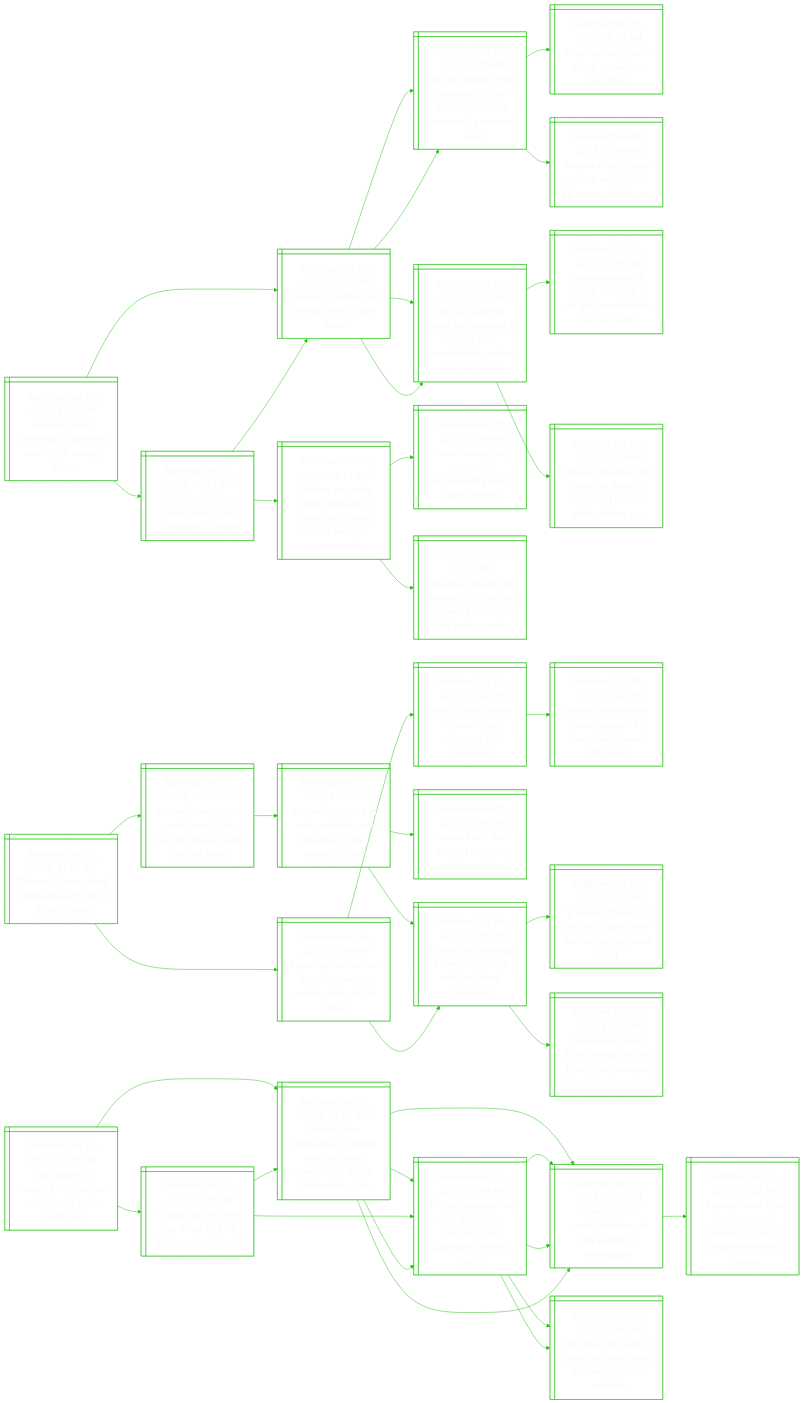
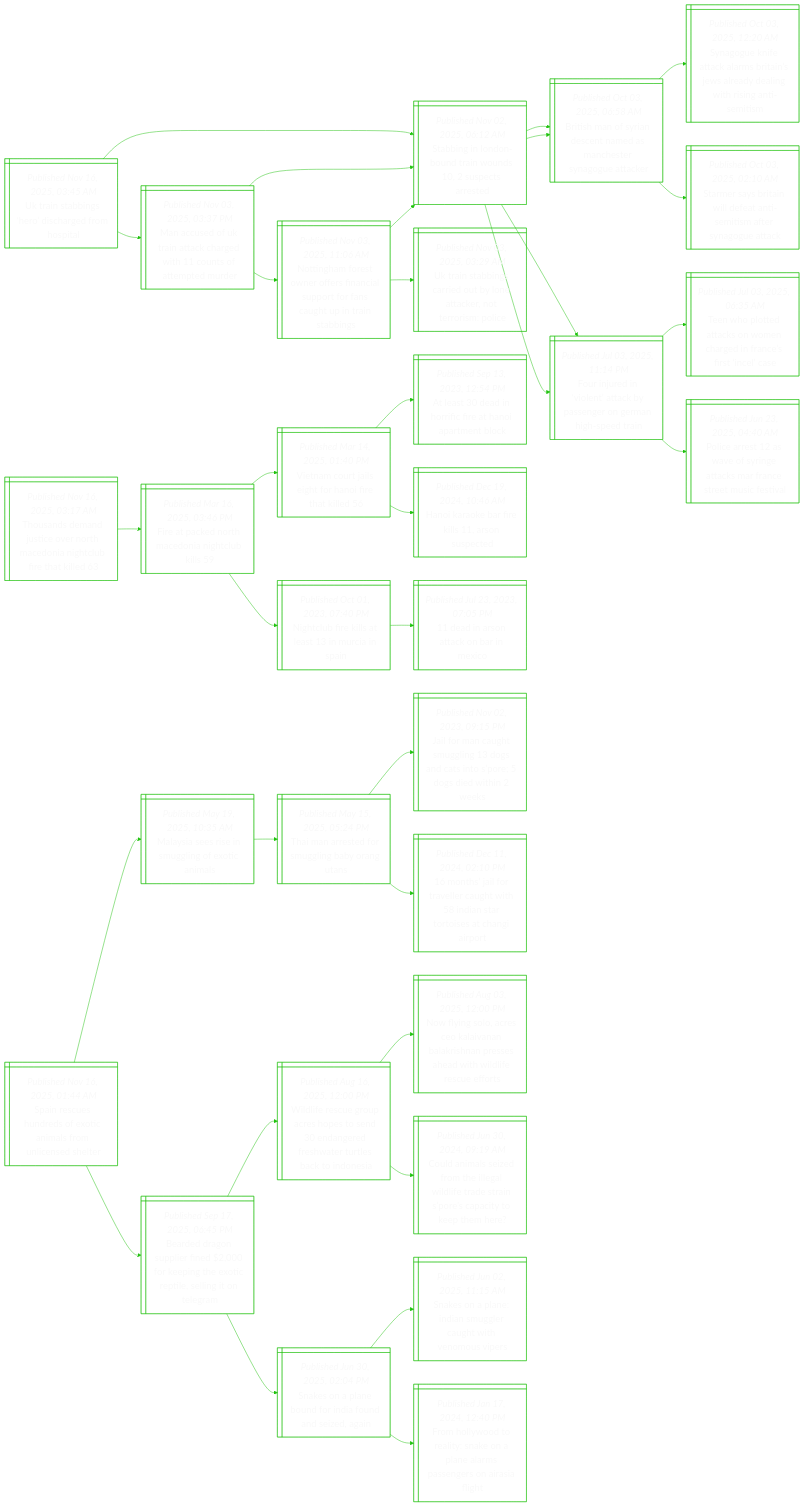
One commit to notJmes/notJmes changed the diagram in README.md. Above: the diagram before and after it, drawn with Mermaid. The commit also changed other lines of this file, not shown here.

````diff
--- a/README.md
+++ b/README.md
@@ -16,127 +16,109 @@
 flowchart LR
 classDef txtsize font-size:20px;
 
-Zswroasaeys@{ shape: win-pane, label: "_Published Nov 15, 2025, 11:36 PM_
-Zelensky vows overhaul of ukraine’s scandal-hit energy firms" }
-UnasnaRaa@{ shape: win-pane, label: "_Published Nov 09, 2025, 08:55 PM_
-Ukraine scrambles for energy after russian attacks" }
-Unnimruieusnoos@{ shape: win-pane, label: "_Published Nov 09, 2025, 01:25 PM_
-Ukraine drone strike temporarily cuts utilities in russia’s voronezh, governor says" }
-Tiwitnifd@{ shape: win-pane, label: "_Published Feb 25, 2022, 08:15 AM_
-Timeline: how russia's attack on ukraine unfolded" }
-Raaanasoleaa@{ shape: win-pane, label: "_Published Nov 08, 2025, 06:40 PM_
-Russian attacks target nuclear substations, kill seven, ukraine says" }
-SdroisdshazaeaUn@{ shape: win-pane, label: "_Published Nov 09, 2025, 03:53 AM_
-Second external power line restored at russian-held zaporizhzhia nuclear plant in ukraine" }
-Zsrcctofdrhcp@{ shape: win-pane, label: "_Published Oct 01, 2025, 03:45 AM_
-Zelensky warns of ‘critical’ situation at off-grid zaporizhzhia nuclear plant" }
-Ralcooneyllke@{ shape: win-pane, label: "_Published Oct 02, 2025, 03:39 AM_
-Russian shelling cuts power to defunct chernobyl nuclear plant, ukraine says" }
-Unisgrrund@{ shape: win-pane, label: "_Published Nov 13, 2025, 01:13 AM_
-Ukraine ministers resign over major corruption scandals" }
-UnasnaRaa@{ shape: win-pane, label: "_Published Nov 09, 2025, 08:55 PM_
-Ukraine scrambles for energy after russian attacks" }
-Unnimruieusnoos@{ shape: win-pane, label: "_Published Nov 09, 2025, 01:25 PM_
-Ukraine drone strike temporarily cuts utilities in russia’s voronezh, governor says" }
-SdroisdshazaeaUn@{ shape: win-pane, label: "_Published Nov 09, 2025, 03:53 AM_
-Second external power line restored at russian-held zaporizhzhia nuclear plant in ukraine" }
-UnpCeiaronhwmen@{ shape: win-pane, label: "_Published Nov 12, 2025, 08:51 PM_
-Ukraine suspends cabinet minister as corruption scandal shakes wartime government" }
-CZslufetarc@{ shape: win-pane, label: "_Published Nov 12, 2025, 06:54 AM_
-Close zelensky ally accused of orchestrating major graft scheme" }
-Zsvossssrrsgai@{ shape: win-pane, label: "_Published Jul 31, 2025, 10:39 PM_
-Zelensky, moving to defuse crisis, restores power of ukraine’s anti-graft agencies" }
+Uibsdafoa@{ shape: win-pane, label: "_Published Nov 16, 2025, 03:45 AM_
+Uk train stabbings ‘hero’ discharged from hospital" }
+SiLndndpat@{ shape: win-pane, label: "_Published Nov 02, 2025, 06:12 AM_
+Stabbing in london-bound train wounds 10, 2 suspects arrested" }
+Bsoisnaceaec@{ shape: win-pane, label: "_Published Oct 03, 2025, 06:58 AM_
+British man of syrian descent named as manchester synagogue attacker" }
+Sontasaerdnhnit@{ shape: win-pane, label: "_Published Oct 03, 2025, 12:20 AM_
+Synagogue knife attack alarms britain’s jews already dealing with rising anti-semitism" }
+Sesaletiasot@{ shape: win-pane, label: "_Published Oct 03, 2025, 02:10 AM_
+Starmer says britain will defeat anti-semitism after synagogue attack" }
+Fndoakseehpr@{ shape: win-pane, label: "_Published Jul 03, 2025, 11:14 PM_
+Four injured in ‘violent’ attack by passenger on german high-speed train" }
+Thttsmainina@{ shape: win-pane, label: "_Published Jul 03, 2025, 06:35 AM_
+Teen who plotted attacks on women charged in france’s first ‘incel’ case" }
+Pesasgaanruea@{ shape: win-pane, label: "_Published Jun 23, 2025, 04:40 AM_
+Police arrest 12 as wave of syringe attacks mar france street music festival" }
+Mcortcehtttr@{ shape: win-pane, label: "_Published Nov 03, 2025, 03:37 PM_
+Man accused of uk train attack charged with 11 counts of attempted murder" }
+SiLndndpat@{ shape: win-pane, label: "_Published Nov 02, 2025, 06:12 AM_
+Stabbing in london-bound train wounds 10, 2 suspects arrested" }
+Bsoisnaceaec@{ shape: win-pane, label: "_Published Oct 03, 2025, 06:58 AM_
+British man of syrian descent named as manchester synagogue attacker" }
+Fndoakseehpr@{ shape: win-pane, label: "_Published Jul 03, 2025, 11:14 PM_
+Four injured in ‘violent’ attack by passenger on german high-speed train" }
+NnFtrralorcttsi@{ shape: win-pane, label: "_Published Nov 03, 2025, 11:06 AM_
+Nottingham forest owner offers financial support for fans caught up in train stabbings" }
+SiLndndpat@{ shape: win-pane, label: "_Published Nov 02, 2025, 06:12 AM_
+Stabbing in london-bound train wounds 10, 2 suspects arrested" }
+Uibsitnanrsi@{ shape: win-pane, label: "_Published Nov 03, 2025, 03:29 AM_
+Uk train stabbings carried out by lone attacker, not terrorism: police" }
 
-Zswroasaeys:::txtsize --> UnasnaRaa:::txtsize
-UnasnaRaa:::txtsize --> Unnimruieusnoos:::txtsize
-Unnimruieusnoos:::txtsize --> Tiwitnifd:::txtsize
-Unnimruieusnoos:::txtsize --> Raaanasoleaa:::txtsize
-UnasnaRaa:::txtsize --> SdroisdshazaeaUn:::txtsize
-SdroisdshazaeaUn:::txtsize --> Zsrcctofdrhcp:::txtsize
-SdroisdshazaeaUn:::txtsize --> Ralcooneyllke:::txtsize
-Zswroasaeys:::txtsize --> Unisgrrund:::txtsize
-Unisgrrund:::txtsize --> UnasnaRaa:::txtsize
-UnasnaRaa:::txtsize --> Unnimruieusnoos:::txtsize
-UnasnaRaa:::txtsize --> SdroisdshazaeaUn:::txtsize
-Unisgrrund:::txtsize --> UnpCeiaronhwmen:::txtsize
-UnpCeiaronhwmen:::txtsize --> CZslufetarc:::txtsize
-UnpCeiaronhwmen:::txtsize --> Zsvossssrrsgai:::txtsize
+Uibsdafoa:::txtsize --> SiLndndpat:::txtsize
+SiLndndpat:::txtsize --> Bsoisnaceaec:::txtsize
+Bsoisnaceaec:::txtsize --> Sontasaerdnhnit:::txtsize
+Bsoisnaceaec:::txtsize --> Sesaletiasot:::txtsize
+SiLndndpat:::txtsize --> Fndoakseehpr:::txtsize
+Fndoakseehpr:::txtsize --> Thttsmainina:::txtsize
+Fndoakseehpr:::txtsize --> Pesasgaanruea:::txtsize
+Uibsdafoa:::txtsize --> Mcortcehtttr:::txtsize
+Mcortcehtttr:::txtsize --> SiLndndpat:::txtsize
+SiLndndpat:::txtsize --> Bsoisnaceaec:::txtsize
+SiLndndpat:::txtsize --> Fndoakseehpr:::txtsize
+Mcortcehtttr:::txtsize --> NnFtrralorcttsi:::txtsize
+NnFtrralorcttsi:::txtsize --> SiLndndpat:::txtsize
+NnFtrralorcttsi:::txtsize --> Uibsitnanrsi:::txtsize
 
-Tersjlopo@{ shape: win-pane, label: "_Published Nov 15, 2025, 11:05 PM_
-Thieves in france steal jewellery worth up to $1.6m: police" }
-Leulytsisturs@{ shape: win-pane, label: "_Published Nov 06, 2025, 05:30 PM_
-Louvre museum will need years to fix security issues, state auditor finds" }
-Letotmsrsioty@{ shape: win-pane, label: "_Published Nov 02, 2025, 09:46 PM_
-Louvre heist work of petty criminals, not organised crime, prosecutor says" }
-Ptineluiisey@{ shape: win-pane, label: "_Published Oct 19, 2025, 05:51 PM_
-Power tool-wielding thieves flee louvre with ‘priceless’ jewellery" }
-Letutgors@{ shape: win-pane, label: "_Published Nov 01, 2025, 10:49 PM_
-Louvre heist: one suspect charged, another released" }
-Fhcoicmsrli@{ shape: win-pane, label: "_Published Nov 04, 2025, 12:59 AM_
-French police recover $40m in precious metals after gold lab heist" }
-Fhcexarrobo@{ shape: win-pane, label: "_Published Oct 31, 2025, 07:00 PM_
-French police arrest six over armed robbery at gold laboratory" }
-Fhcerpiviwtig@{ shape: win-pane, label: "_Published Oct 30, 2025, 03:20 PM_
-French police arrest more suspects in louvre heist, jewels still missing" }
-Ptineluiisey@{ shape: win-pane, label: "_Published Oct 19, 2025, 05:51 PM_
-Power tool-wielding thieves flee louvre with ‘priceless’ jewellery" }
-GpboiPoidaes@{ shape: win-pane, label: "_Published Apr 28, 2025, 01:06 PM_
-‘grandpa robbers’ go on trial in paris over kim kardashian jewel heist" }
-Gpssofemmnsrt@{ shape: win-pane, label: "_Published Jun 02, 2025, 11:15 PM_
-Greenpeace steals $59,000 macron wax figure from museum for anti-russia protest" }
+Taejcrhdncial@{ shape: win-pane, label: "_Published Nov 16, 2025, 03:17 AM_
+Thousands demand justice over north macedonia nightclub fire that killed 63" }
+Fteteatk@{ shape: win-pane, label: "_Published Mar 16, 2025, 03:46 PM_
+Fire at packed north macedonia nightclub kills 59" }
+VarlhHfhl@{ shape: win-pane, label: "_Published Mar 14, 2025, 01:40 PM_
+Vietnam court jails eight for hanoi fire that killed 56" }
+Asdrcaortk@{ shape: win-pane, label: "_Published Sep 13, 2023, 12:54 PM_
+At least 30 dead in horrific fire at hanoi apartment block" }
+Hkkfirut@{ shape: win-pane, label: "_Published Dec 19, 2024, 10:46 AM_
+Hanoi karaoke bar fire kills 11, arson suspected" }
+NcillicS@{ shape: win-pane, label: "_Published Oct 01, 2023, 07:40 PM_
+Nightclub fire kills at least 13 in murcia in spain" }
+dnncae@{ shape: win-pane, label: "_Published Jul 23, 2023, 07:05 PM_
+11 dead in arson attack on bar in mexico" }
 
-Tersjlopo:::txtsize --> Leulytsisturs:::txtsize
-Leulytsisturs:::txtsize --> Letotmsrsioty:::txtsize
-Letotmsrsioty:::txtsize --> Ptineluiisey:::txtsize
-Letotmsrsioty:::txtsize --> Letutgors:::txtsize
-Tersjlopo:::txtsize --> Fhcoicmsrli:::txtsize
-Fhcoicmsrli:::txtsize --> Fhcexarrobo:::txtsize
-Fhcexarrobo:::txtsize --> Fhcerpiviwtig:::txtsize
-Fhcoicmsrli:::txtsize --> Ptineluiisey:::txtsize
-Ptineluiisey:::txtsize --> GpboiPoidaes:::txtsize
-Ptineluiisey:::txtsize --> Gpssofemmnsrt:::txtsize
+Taejcrhdncial:::txtsize --> Fteteatk:::txtsize
+Fteteatk:::txtsize --> VarlhHfhl:::txtsize
+VarlhHfhl:::txtsize --> Asdrcaortk:::txtsize
+VarlhHfhl:::txtsize --> Hkkfirut:::txtsize
+Fteteatk:::txtsize --> NcillicS:::txtsize
+NcillicS:::txtsize --> dnncae:::txtsize
 
-Bunsoadtadnp@{ shape: win-pane, label: "_Published Nov 15, 2025, 10:53 PM_
-Bbc caught in crossfire of polarised political and media landscape" }
-BiCosueoshrtaoi@{ shape: win-pane, label: "_Published Nov 14, 2025, 05:07 AM_
-Britain’s bbc apologises to trump over panorama speech edit, rejects defamation claim" }
-SiUiinenWn@{ shape: win-pane, label: "_Published Jan 07, 2021, 12:55 PM_
-Storming of us capitol: timeline of key events in washington" }
-peapubmalrest@{ shape: win-pane, label: "_Published Jan 07, 2021, 03:22 AM_
-4 people dead after pro-trump mob storms us capitol; congress resumes debate" }
-TttBhiwaagfio@{ shape: win-pane, label: "_Published Nov 11, 2025, 12:49 AM_
-Trump threatens bbc with $1.3 billion lawsuit as bbc apologises for edit error" }
-Bshfqfroneri@{ shape: win-pane, label: "_Published Nov 10, 2025, 02:45 AM_
-Bbc boss and head of news quit after trump documentary edit criticism" }
-SiUiinenWn@{ shape: win-pane, label: "_Published Jan 07, 2021, 12:55 PM_
-Storming of us capitol: timeline of key events in washington" }
-Tsieooieet@{ shape: win-pane, label: "_Published Nov 15, 2025, 10:09 AM_
-Trump says will sue bbc for up to $6.4 billion over video edit" }
-TttBhiwaagfio@{ shape: win-pane, label: "_Published Nov 11, 2025, 12:49 AM_
-Trump threatens bbc with $1.3 billion lawsuit as bbc apologises for edit error" }
-Bshfqfroneri@{ shape: win-pane, label: "_Published Nov 10, 2025, 02:45 AM_
-Bbc boss and head of news quit after trump documentary edit criticism" }
-SiUiinenWn@{ shape: win-pane, label: "_Published Jan 07, 2021, 12:55 PM_
-Storming of us capitol: timeline of key events in washington" }
-BiCosueoshrtaoi@{ shape: win-pane, label: "_Published Nov 14, 2025, 05:07 AM_
-Britain’s bbc apologises to trump over panorama speech edit, rejects defamation claim" }
-SiUiinenWn@{ shape: win-pane, label: "_Published Jan 07, 2021, 12:55 PM_
-Storming of us capitol: timeline of key events in washington" }
-TttBhiwaagfio@{ shape: win-pane, label: "_Published Nov 11, 2025, 12:49 AM_
-Trump threatens bbc with $1.3 billion lawsuit as bbc apologises for edit error" }
+Sredotifnnhr@{ shape: win-pane, label: "_Published Nov 16, 2025, 01:44 AM_
+Spain rescues hundreds of exotic animals from unlicensed shelter" }
+Mseeunxal@{ shape: win-pane, label: "_Published May 19, 2025, 10:35 AM_
+Malaysia sees rise in smuggling of exotic animals" }
+Taefunygs@{ shape: win-pane, label: "_Published May 15, 2025, 05:24 PM_
+Thai man arrested for smuggling baby orang utans" }
+JoctgdnsSdite@{ shape: win-pane, label: "_Published Nov 02, 2023, 09:15 PM_
+Jail for man caught smuggling 13 dogs and cats into s’pore; 5 dogs died within 2 weeks" }
+msfaegtiatsait@{ shape: win-pane, label: "_Published Dec 11, 2024, 02:10 PM_
+16 months’ jail for traveller caught with 58 indian star tortoises at changi airport" }
+Begprdegxrlltlm@{ shape: win-pane, label: "_Published Sep 17, 2025, 06:45 PM_
+Bearded dragon supplier fined $2,000 for keeping the exotic reptile, selling it on telegram" }
+Wisrcooegfwtekdi@{ shape: win-pane, label: "_Published Aug 16, 2025, 12:00 PM_
+Wildlife rescue group acres hopes to send 30 endangered freshwater turtles back to indonesia" }
+NyorOinkneawifcf@{ shape: win-pane, label: "_Published Aug 03, 2025, 12:00 PM_
+Now flying solo, acres ceo kalaivanan balakrishnan presses ahead with wildlife rescue efforts" }
+Calzoiadtsneatph@{ shape: win-pane, label: "_Published Jun 30, 2024, 09:19 AM_
+Could animals seized from the illegal wildlife trade strain s’pore’s capacity to keep them here?" }
+Sslooinsdn@{ shape: win-pane, label: "_Published Jun 30, 2025, 02:04 PM_
+Snakes on a plane bound for india found and seized, again" }
+Sslnsluinsr@{ shape: win-pane, label: "_Published Jun 02, 2025, 11:15 AM_
+Snakes on a plane: indian smuggler caught with venomous vipers" }
+Foortkpasesrft@{ shape: win-pane, label: "_Published Jan 17, 2024, 12:40 PM_
+From hollywood to reality: snake on a plane alarms passengers on airasia flight" }
 
-Bunsoadtadnp:::txtsize --> BiCosueoshrtaoi:::txtsize
-BiCosueoshrtaoi:::txtsize --> SiUiinenWn:::txtsize
-SiUiinenWn:::txtsize --> peapubmalrest:::txtsize
-BiCosueoshrtaoi:::txtsize --> TttBhiwaagfio:::txtsize
-TttBhiwaagfio:::txtsize --> Bshfqfroneri:::txtsize
-TttBhiwaagfio:::txtsize --> SiUiinenWn:::txtsize
-Bunsoadtadnp:::txtsize --> Tsieooieet:::txtsize
-Tsieooieet:::txtsize --> TttBhiwaagfio:::txtsize
-TttBhiwaagfio:::txtsize --> Bshfqfroneri:::txtsize
-TttBhiwaagfio:::txtsize --> SiUiinenWn:::txtsize
-Tsieooieet:::txtsize --> BiCosueoshrtaoi:::txtsize
-BiCosueoshrtaoi:::txtsize --> SiUiinenWn:::txtsize
-BiCosueoshrtaoi:::txtsize --> TttBhiwaagfio:::txtsize
+Sredotifnnhr:::txtsize --> Mseeunxal:::txtsize
+Mseeunxal:::txtsize --> Taefunygs:::txtsize
+Taefunygs:::txtsize --> JoctgdnsSdite:::txtsize
+Taefunygs:::txtsize --> msfaegtiatsait:::txtsize
+Sredotifnnhr:::txtsize --> Begprdegxrlltlm:::txtsize
+Begprdegxrlltlm:::txtsize --> Wisrcooegfwtekdi:::txtsize
+Wisrcooegfwtekdi:::txtsize --> NyorOinkneawifcf:::txtsize
+Wisrcooegfwtekdi:::txtsize --> Calzoiadtsneatph:::txtsize
+Begprdegxrlltlm:::txtsize --> Sslooinsdn:::txtsize
+Sslooinsdn:::txtsize --> Sslnsluinsr:::txtsize
+Sslooinsdn:::txtsize --> Foortkpasesrft:::txtsize
 
 ```
````
